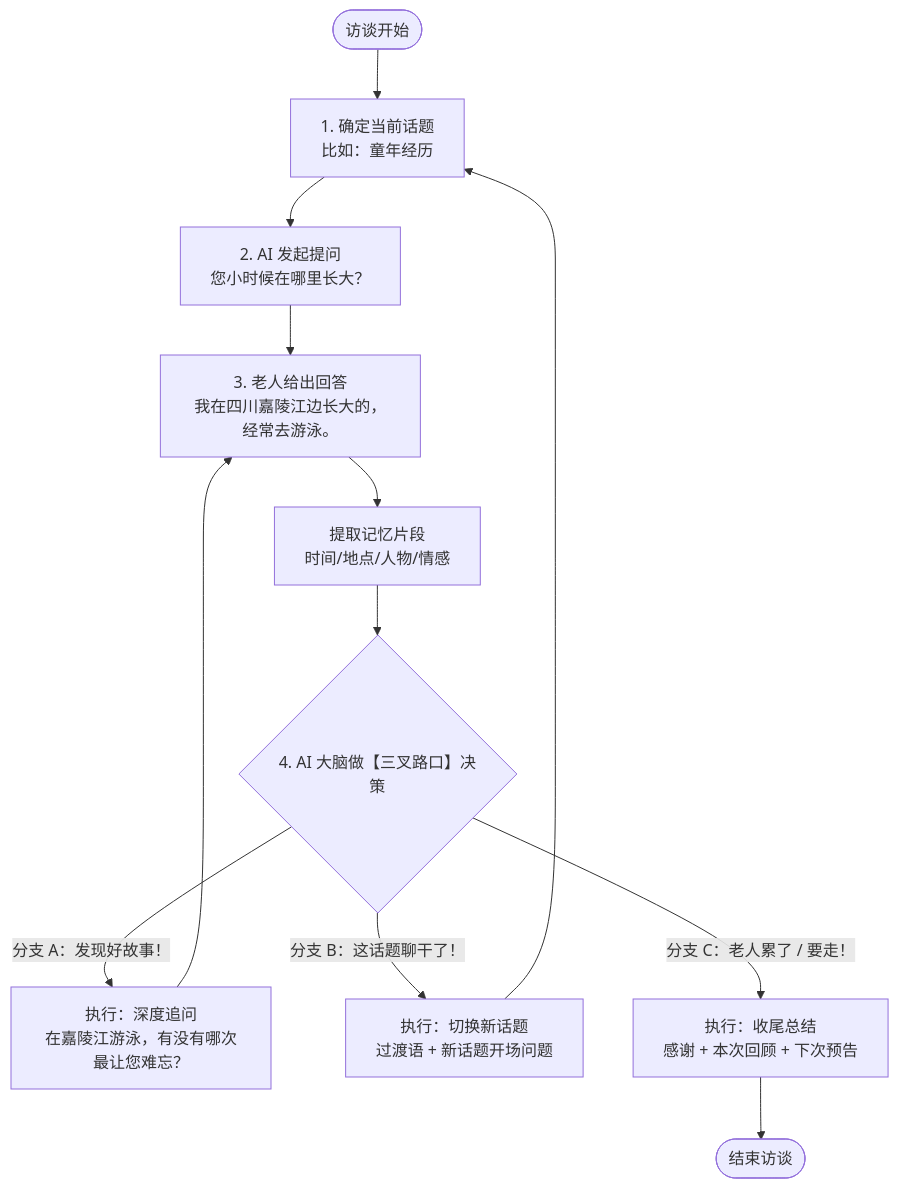
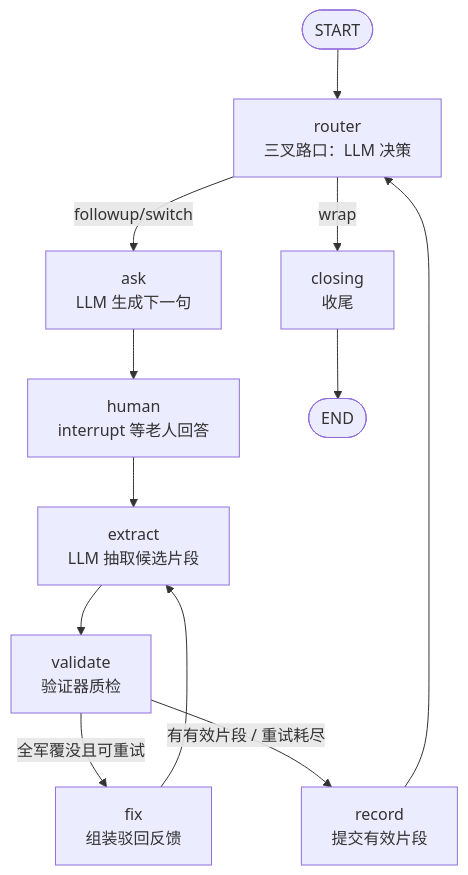
The diagram in docs/phase1-interview-agent-design.md (sky405/TimeMemorySystem), drawn with Mermaid before and after one commit. The commit also changed other lines of this file and 26 other files, not shown here.

````diff
--- a/docs/phase1-interview-agent-design.md
+++ b/docs/phase1-interview-agent-design.md
@@ -43,14 +30,14 @@
 ```mermaid
 flowchart TD
-    S([访谈开始]) --> T1[1. 确定当前话题<br/>比如：童年经历]
-    T1 --> Q[2. AI 发起提问<br/>您小时候在哪里长大？]
-    Q --> A[3. 老人给出回答<br/>我在四川嘉陵江边长大的，经常去游泳。]
-    A --> E[提取记忆片段<br/>时间/地点/人物/情感]
-    E --> D{4. AI 大脑做【三叉路口】决策}
-    D -- "分支 A：发现好故事！" --> F[执行：深度追问<br/>在嘉陵江游泳，有没有哪次最让您难忘？]
-    F --> A
-    D -- "分支 B：这话题聊干了！" --> N[执行：切换新话题<br/>过渡语 + 新话题开场问题]
-    N --> T1
-    D -- "分支 C：老人累了 / 要走！" --> W[执行：收尾总结<br/>感谢 + 本次回顾 + 下次预告]
-    W --> END([结束访谈])
+    S([START]) --> R[router<br/>三叉路口：LLM 决策]
+    R -- followup/switch --> ASK[ask<br/>LLM 生成下一句]
+    R -- wrap --> C[closing<br/>收尾]
+    ASK --> H[human<br/>interrupt 等老人回答]
+    H --> E[extract<br/>LLM 抽取候选片段]
+    E --> V[validate<br/>验证器质检]
+    V -- "全军覆没且可重试" --> F[fix<br/>组装驳回反馈]
+    F --> E
+    V -- "有有效片段 / 重试耗尽" --> REC[record<br/>提交有效片段]
+    REC --> R
+    C --> END([END])
 ```
````
